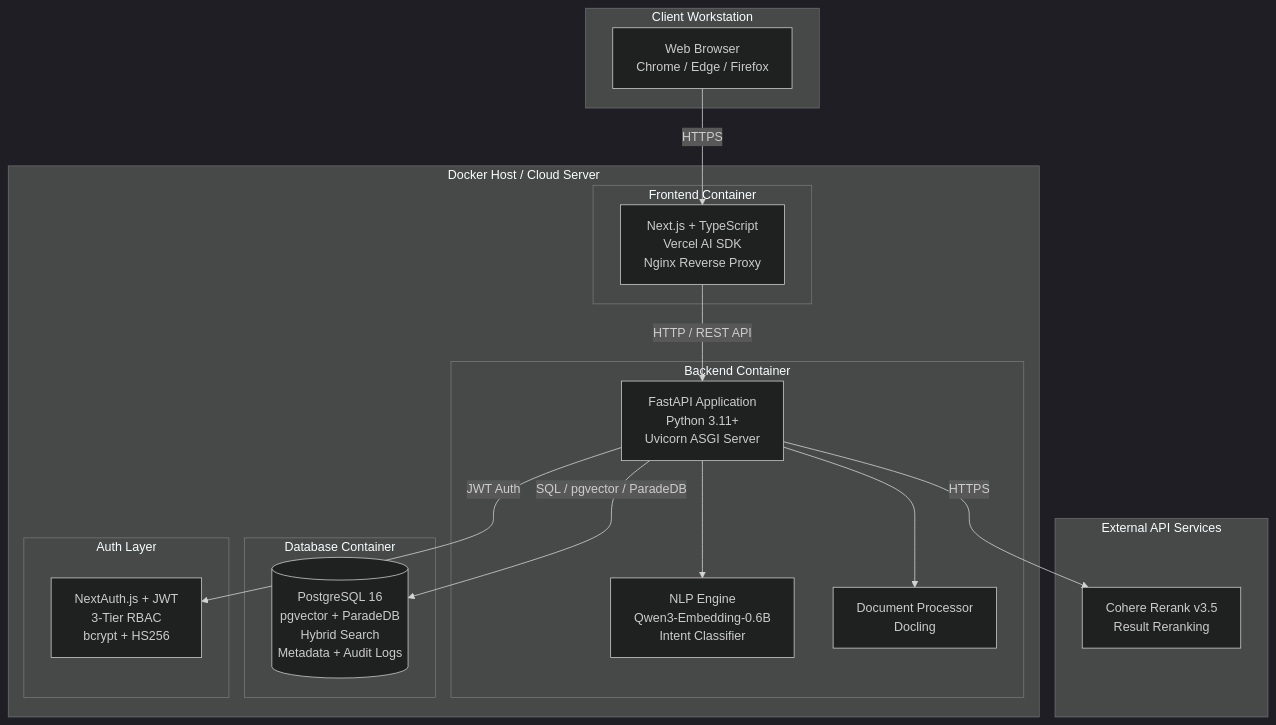
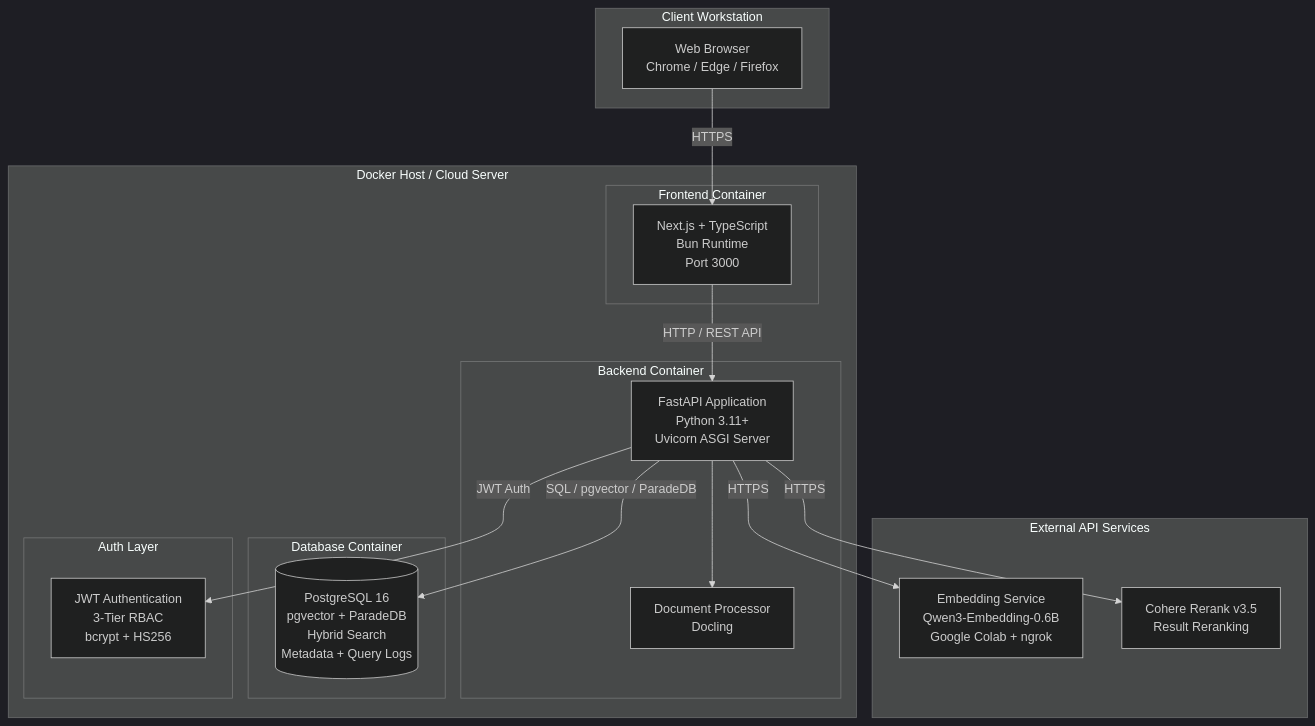
The diagram in software-engineering/diagrams/deployment.mmd (FlyM1ss/capstone-project), drawn with Mermaid (dark theme) before and after one commit. The commit also changed 10 other files, not shown here.

First line of the commit message:
docs: update UML diagrams and add modern high-res renders

```diff
--- a/software-engineering/diagrams/deployment.mmd
+++ b/software-engineering/diagrams/deployment.mmd
@@ -1,36 +1,36 @@
 graph TB
     subgraph Client Workstation
         Browser[Web Browser<br/>Chrome / Edge / Firefox]
     end
 
     subgraph Docker Host / Cloud Server
         subgraph Frontend Container
-            NextApp[Next.js + TypeScript<br/>Vercel AI SDK<br/>Nginx Reverse Proxy]
+            NextApp[Next.js + TypeScript<br/>Bun Runtime<br/>Port 3000]
         end
 
         subgraph Backend Container
             FastAPI[FastAPI Application<br/>Python 3.11+<br/>Uvicorn ASGI Server]
-            NLP[NLP Engine<br/>Qwen3-Embedding-0.6B<br/>Intent Classifier]
             DocProc[Document Processor<br/>Docling]
         end
 
         subgraph Database Container
-            PG[(PostgreSQL 16<br/>pgvector + ParadeDB<br/>Hybrid Search<br/>Metadata + Audit Logs)]
+            PG[(PostgreSQL 16<br/>pgvector + ParadeDB<br/>Hybrid Search<br/>Metadata + Query Logs)]
         end
 
         subgraph Auth Layer
-            NextAuth[NextAuth.js + JWT<br/>3-Tier RBAC<br/>bcrypt + HS256]
+            NextAuth[JWT Authentication<br/>3-Tier RBAC<br/>bcrypt + HS256]
         end
     end
 
     subgraph External API Services
+        EmbedAPI[Embedding Service<br/>Qwen3-Embedding-0.6B<br/>Google Colab + ngrok]
         CohereRerank[Cohere Rerank v3.5<br/>Result Reranking]
     end
 
     Browser -->|HTTPS| NextApp
     NextApp -->|HTTP / REST API| FastAPI
     FastAPI -->|SQL / pgvector / ParadeDB| PG
     FastAPI -->|HTTPS| CohereRerank
-    FastAPI --> NLP
+    FastAPI -->|HTTPS| EmbedAPI
     FastAPI --> DocProc
     FastAPI -->|JWT Auth| NextAuth
```
